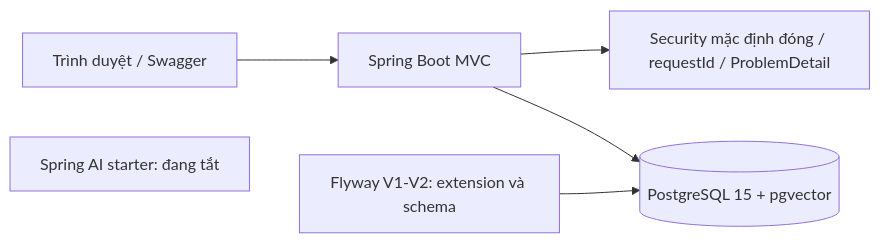
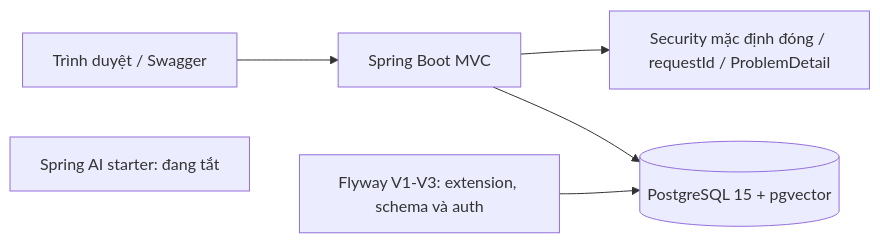
One commit to TuanAnhVu81/documind-backend changed the diagram in README.md. Above: the diagram before and after it, drawn with Mermaid. The commit also changed other lines of this file and 33 other files, not shown here.

````diff
--- a/README.md
+++ b/README.md
@@ -21,8 +21,8 @@
 ```mermaid
 flowchart LR
     Browser[Trình duyệt / Swagger] --> API[Spring Boot MVC]
     API --> Common[Security mặc định đóng / requestId / ProblemDetail]
     API --> DB[(PostgreSQL 15 + pgvector)]
-    Flyway[Flyway V1-V2: extension và schema] --> DB
+    Flyway[Flyway V1-V3: extension, schema và auth] --> DB
     AI[Spring AI starter: đang tắt]
 ```
````
